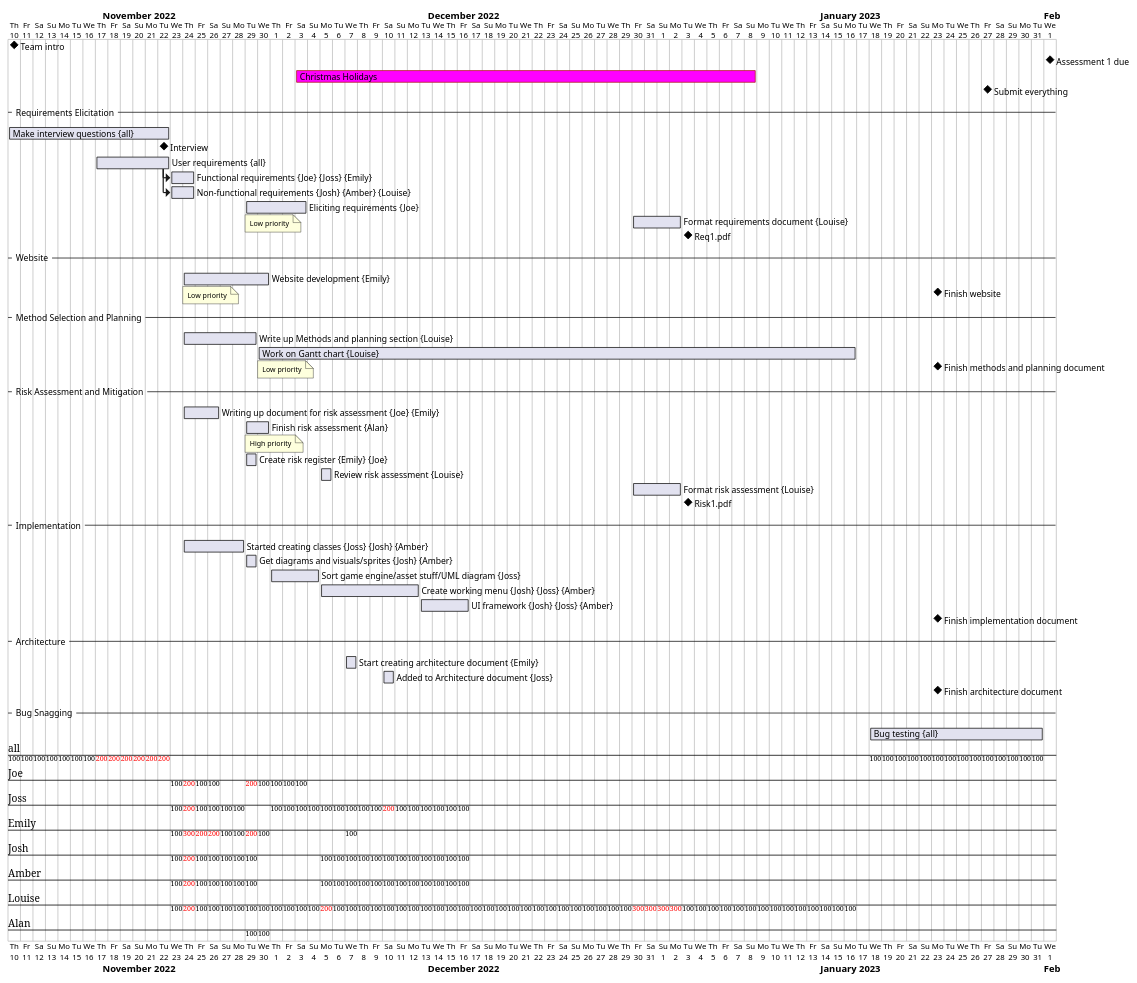
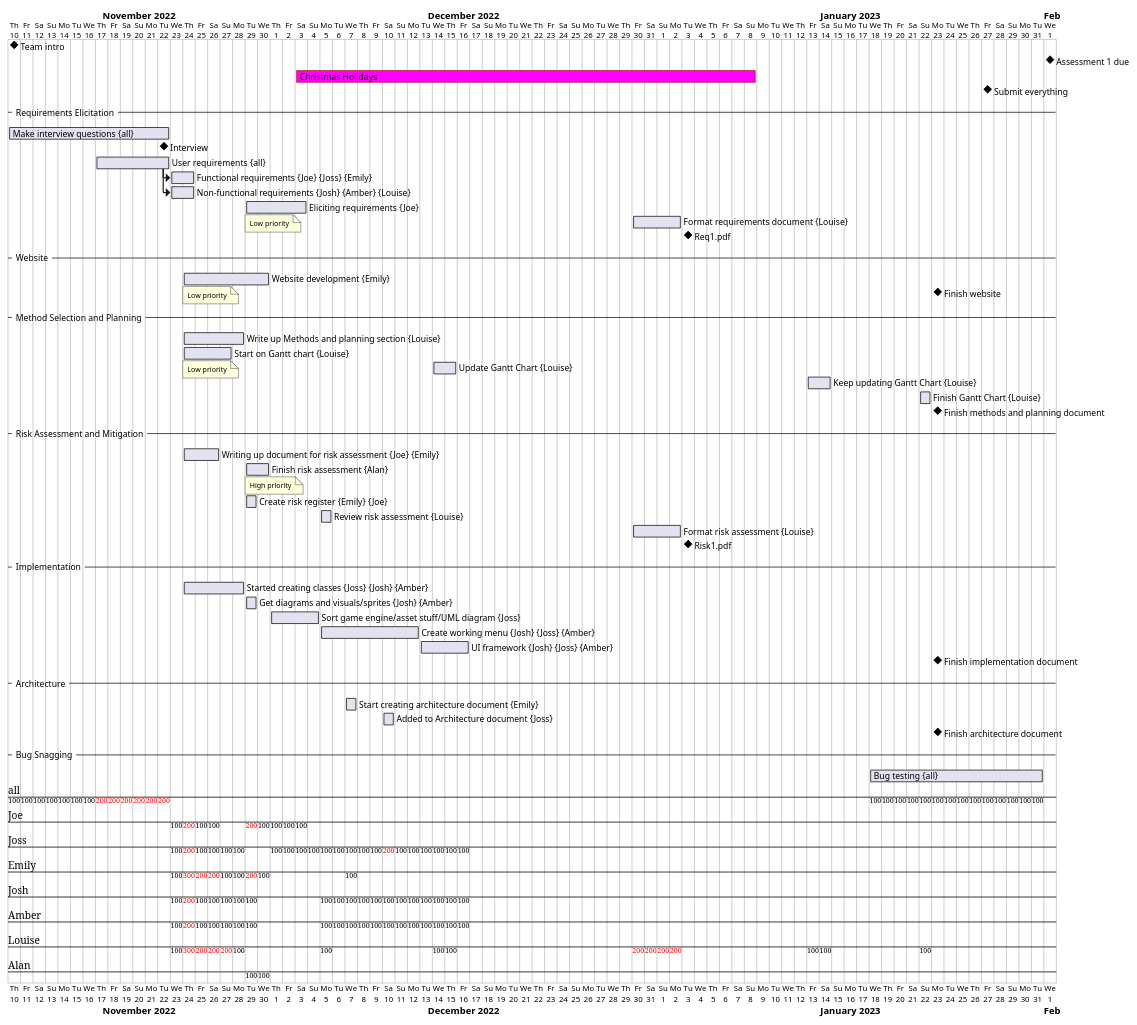
The diagram in plantuml/gantt.plantuml (JMM889901/ENG1_Group24), drawn with PlantUML before and after one commit.

```diff
--- a/plantuml/gantt.plantuml
+++ b/plantuml/gantt.plantuml
@@ -1,63 +1,65 @@
 @startgantt
 Project starts 2022-11-10
 [Team intro] happens at 2022-11-10
 [Assessment 1 due] happens at 2023-2-1
 [Christmas Holidays] starts 2022-12-3
 [Christmas Holidays] ends 2023-1-8
 [Christmas Holidays] is colored in Fuchsia/FireBrick
 [Submit everything] happens at 2023-1-27
 --Requirements Elicitation--
 [Make interview questions] on {all} lasts 13 days
 [Interview] happens at 2022-11-22
 [User requirements] on {all} starts 2022-11-17 and lasts 6 days
 [Functional requirements] on {Joe} {Joss} {Emily} lasts 4 days
 [Non-functional requirements] on {Josh} {Amber} {Louise} lasts 4 days
 [User requirements] -> [Functional requirements]
 [User requirements] -> [Non-functional requirements]
 [Eliciting requirements] on {Joe} starts 2022-11-29 and lasts 5 days
 note bottom
 Low priority
 end note
 [Format requirements document] on {Louise} starts 2022-12-30 and lasts 4 days
 [Req1.pdf] happens at 2023-1-3
 --Website--
 [Website development] on {Emily} starts 2022-11-24 and lasts 1 week
 note bottom
 Low priority
 end note
 [Finish website] happens at 2023-1-23
 --Method Selection and Planning--
 [Write up Methods and planning section] on {Louise} starts 2022-11-24
-[Write up Methods and planning section] ends 2022-11-29
-[Work on Gantt chart] on {Louise} starts 2022-11-30
-[Work on Gantt chart] ends 2023-1-16
+[Write up Methods and planning section] ends 2022-11-28
+[Start on Gantt chart] on {Louise} starts 2022-11-24 and lasts 4 days
 note bottom
 Low priority
 end note
+[Update Gantt Chart] on {Louise} starts 2022-12-14 and lasts 2 days
+[Keep updating Gantt Chart] on {Louise} starts 2023-1-13 and lasts 2 days
+[Finish Gantt Chart] on {Louise} starts 2023-1-22
 [Finish methods and planning document] happens at 2023-1-23
 --Risk Assessment and Mitigation--
 [Writing up document for risk assessment] on {Joe} {Emily} starts 2022-11-24 and lasts 5 days
 [Finish risk assessment] on {Alan} starts 2022-11-29 and lasts 2 days
 note bottom 
 High priority
 end note
 [Create risk register] on {Emily} {Joe} starts 2022-11-29 and lasts 2 days
 [Review risk assessment] on {Louise} starts 2022-12-5
 [Format risk assessment] on {Louise} starts 2022-12-30 and lasts 4 days
 [Risk1.pdf] happens at 2023-1-3
 --Implementation--
 [Started creating classes] on {Joss} {Josh} {Amber} starts 2022-11-24 and lasts 2 weeks
 [Get diagrams and visuals/sprites] on {Josh} {Amber} starts 2022-11-29 and lasts 2 days
 [Sort game engine/asset stuff/UML diagram] on {Joss} starts 2022-12-1 and lasts 4 days
 [Create working menu] on {Josh} {Joss} {Amber} starts 2022-12-5
 [Create working menu] ends 2022-12-12
 [UI framework] on {Josh} {Joss} {Amber} starts 2022-12-13
 [UI framework] ends 2022-12-16
 [Finish implementation document] happens at 2023-1-23
 --Architecture--
 [Start creating architecture document] on {Emily} starts 2022-12-7
 [Added to Architecture document] on {Joss} starts 2022-12-10
 [Finish architecture document] happens at 2023-1-23
 --Bug Snagging--
 [Bug testing] on {all} starts 2023-1-18 and lasts 14 days
 @endgantt
```
